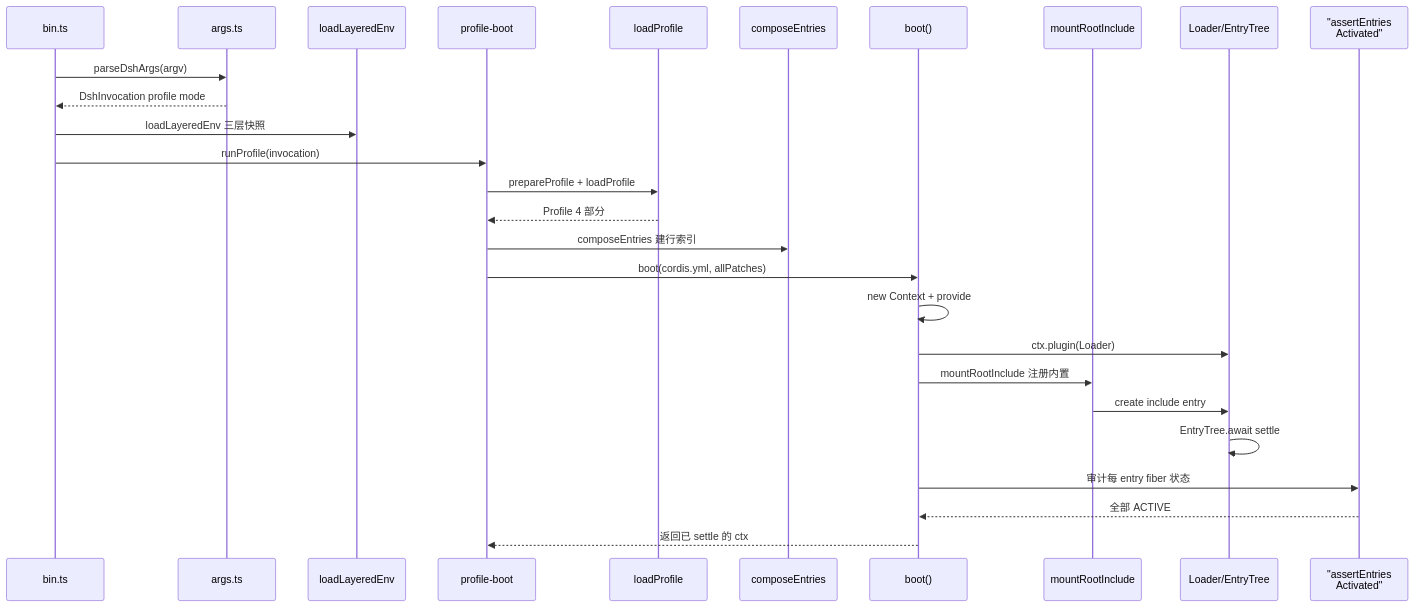
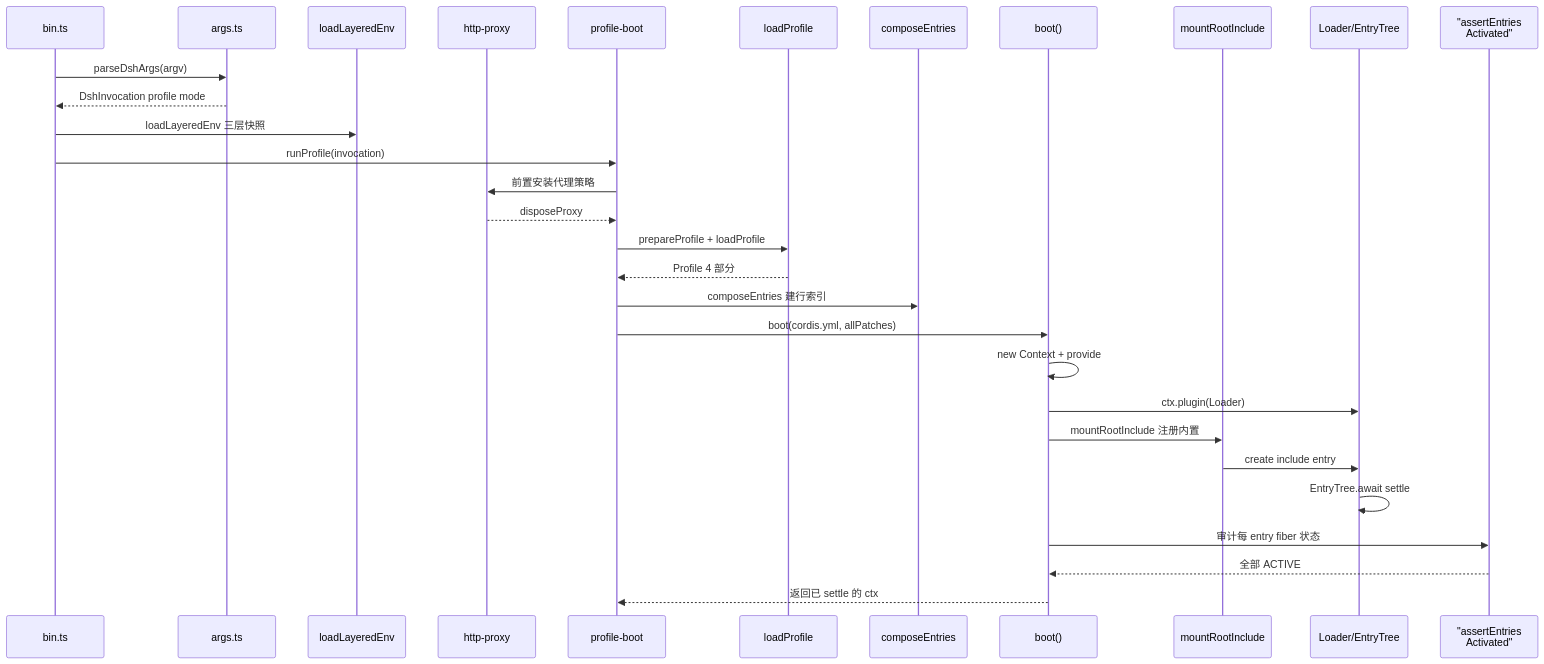
One commit to morehao/oss-insights changed the second of 2 diagrams in ai-agent/deepseek-harness/architecture.md. Above: the diagram before and after it, drawn with Mermaid. The commit also changed other lines of this file and 27 other files, not shown here.

````diff
--- a/ai-agent/deepseek-harness/architecture.md
+++ b/ai-agent/deepseek-harness/architecture.md
@@ -86,30 +237,33 @@
 ```mermaid
 sequenceDiagram
     participant bin as bin.ts
     participant args as args.ts
     participant env as loadLayeredEnv
+    participant prox as http-proxy
     participant pb as profile-boot
     participant prof as loadProfile
     participant comp as composeEntries
     participant boot as boot()
     participant inc as mountRootInclude
     participant ldr as Loader/EntryTree
     participant aud as "assertEntries<br>Activated"
 
     bin->>args: parseDshArgs(argv)
     args-->>bin: DshInvocation profile mode
     bin->>env: loadLayeredEnv 三层快照
     bin->>pb: runProfile(invocation)
+    pb->>prox: 前置安装代理策略
+    prox-->>pb: disposeProxy
     pb->>prof: prepareProfile + loadProfile
     prof-->>pb: Profile 4 部分
     pb->>comp: composeEntries 建行索引
     pb->>boot: boot(cordis.yml, allPatches)
     boot->>boot: new Context + provide
     boot->>ldr: ctx.plugin(Loader)
     boot->>inc: mountRootInclude 注册内置
     inc->>ldr: create include entry
     ldr->>ldr: EntryTree.await settle
     boot->>aud: 审计每 entry fiber 状态
     aud-->>boot: 全部 ACTIVE
     boot-->>pb: 返回已 settle 的 ctx
 ```
````
